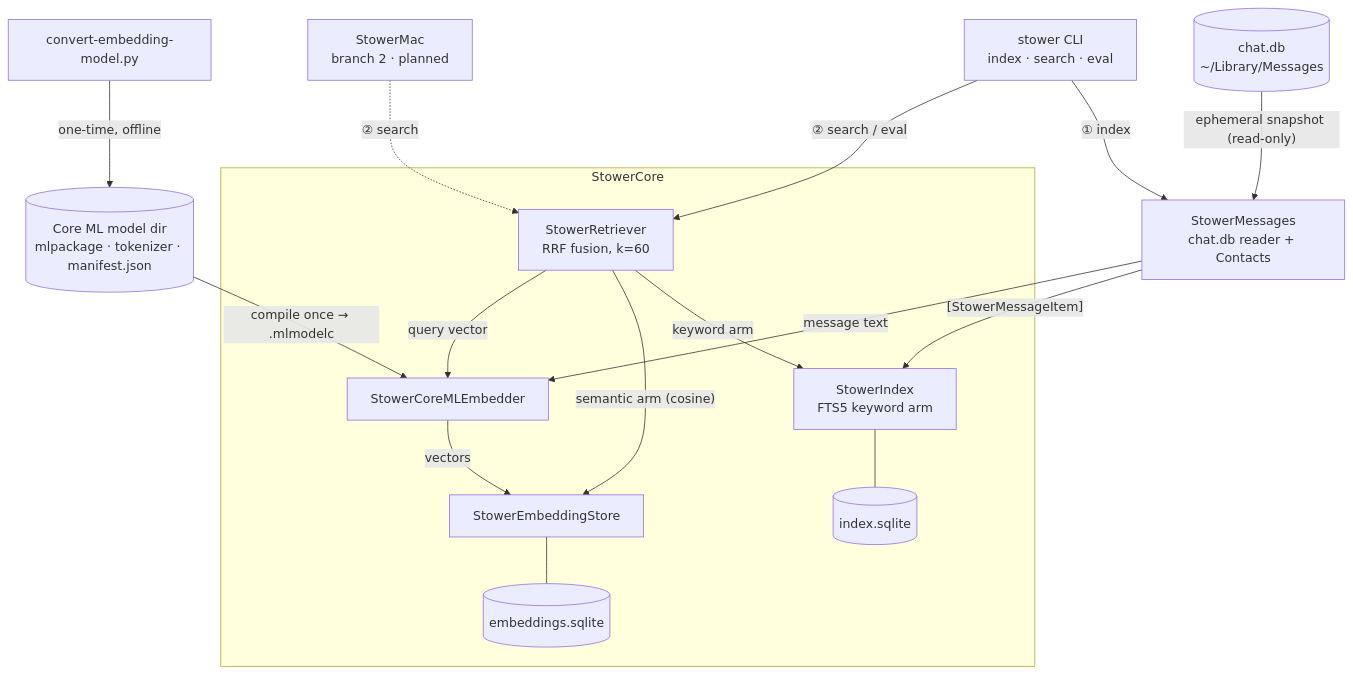
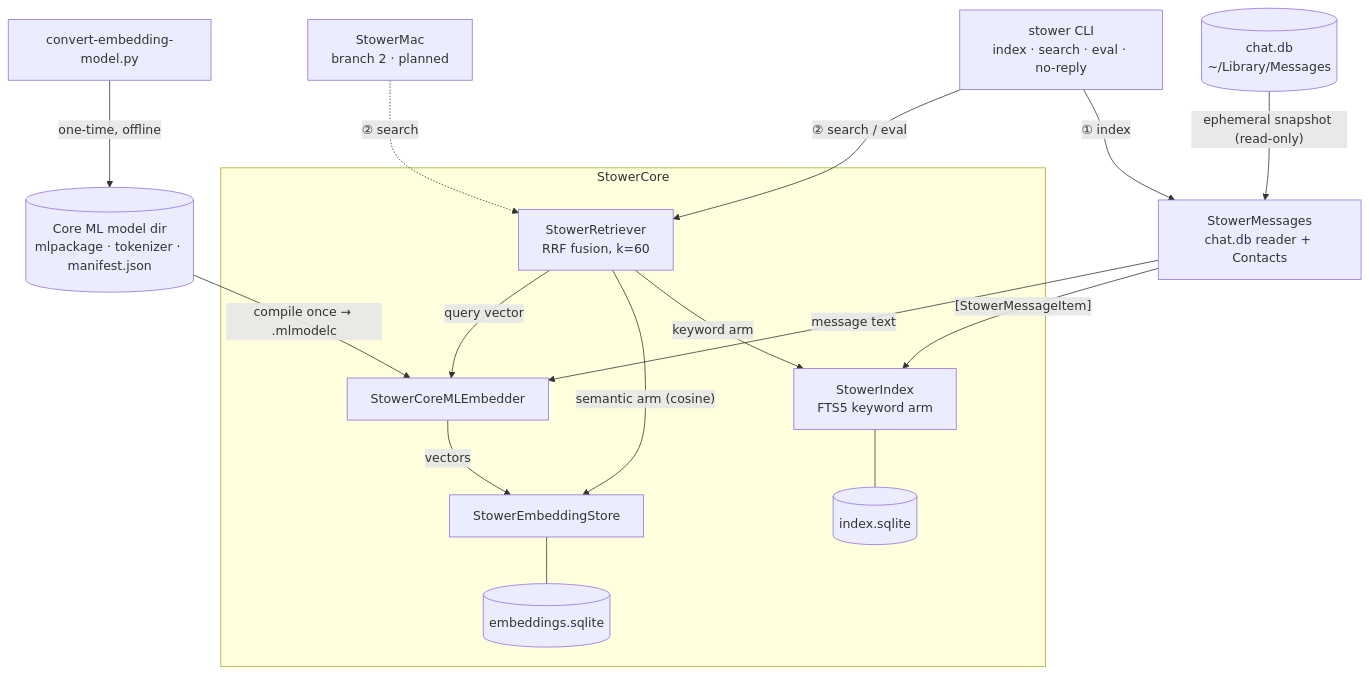
The diagram in README.md (emilykangdev/stower), drawn with Mermaid before and after one commit. The commit also changed other lines of this file and 21 other files, not shown here.

First line of the commit message:
feat(messages): relationship no-reply engine (facts + policy + CLI)

````diff
--- a/README.md
+++ b/README.md
@@ -35,36 +35,36 @@
 ```mermaid
 flowchart TD
     chatdb[("chat.db<br/>~/Library/Messages")]
     convert["convert-embedding-model.py"]
     model[("Core ML model dir<br/>mlpackage · tokenizer · manifest.json")]
     convert -->|"one-time, offline"| model
 
-    cli["stower CLI<br/>index · search · eval"]
+    cli["stower CLI<br/>index · search · eval · no-reply"]
     mac["StowerMac<br/>branch 2 · planned"]
     msgs["StowerMessages<br/>chat.db reader + Contacts"]
 
     subgraph core["StowerCore"]
         index["StowerIndex<br/>FTS5 keyword arm"]
         store["StowerEmbeddingStore"]
         embedder["StowerCoreMLEmbedder"]
         retriever["StowerRetriever<br/>RRF fusion, k=60"]
         idxdb[("index.sqlite")]
         embdb[("embeddings.sqlite")]
         index --- idxdb
         store --- embdb
     end
 
     chatdb -->|"ephemeral snapshot (read-only)"| msgs
 
     cli -->|"① index"| msgs
     msgs -->|"[StowerMessageItem]"| index
     msgs -->|"message text"| embedder
     model -->|"compile once → .mlmodelc"| embedder
     embedder -->|"vectors"| store
 
     cli -->|"② search / eval"| retriever
     mac -.->|"② search"| retriever
     retriever -->|"keyword arm"| index
     retriever -->|"semantic arm (cosine)"| store
     retriever -->|"query vector"| embedder
 ```
````
